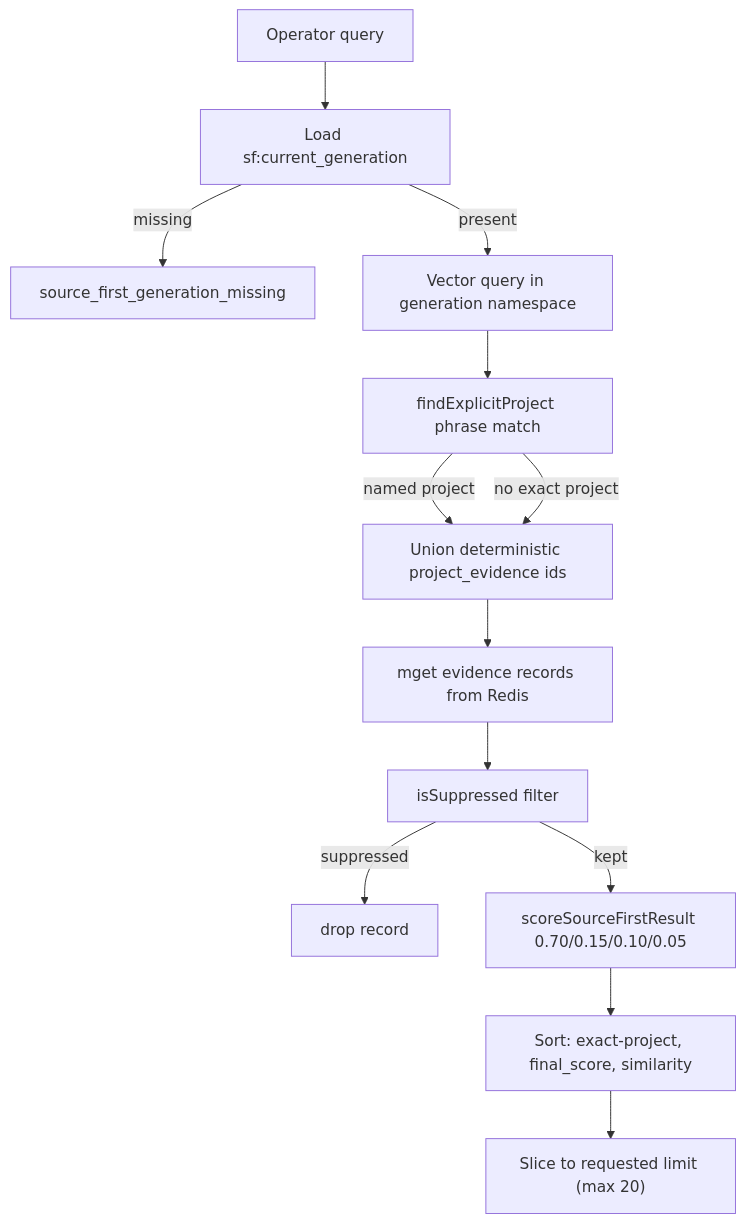
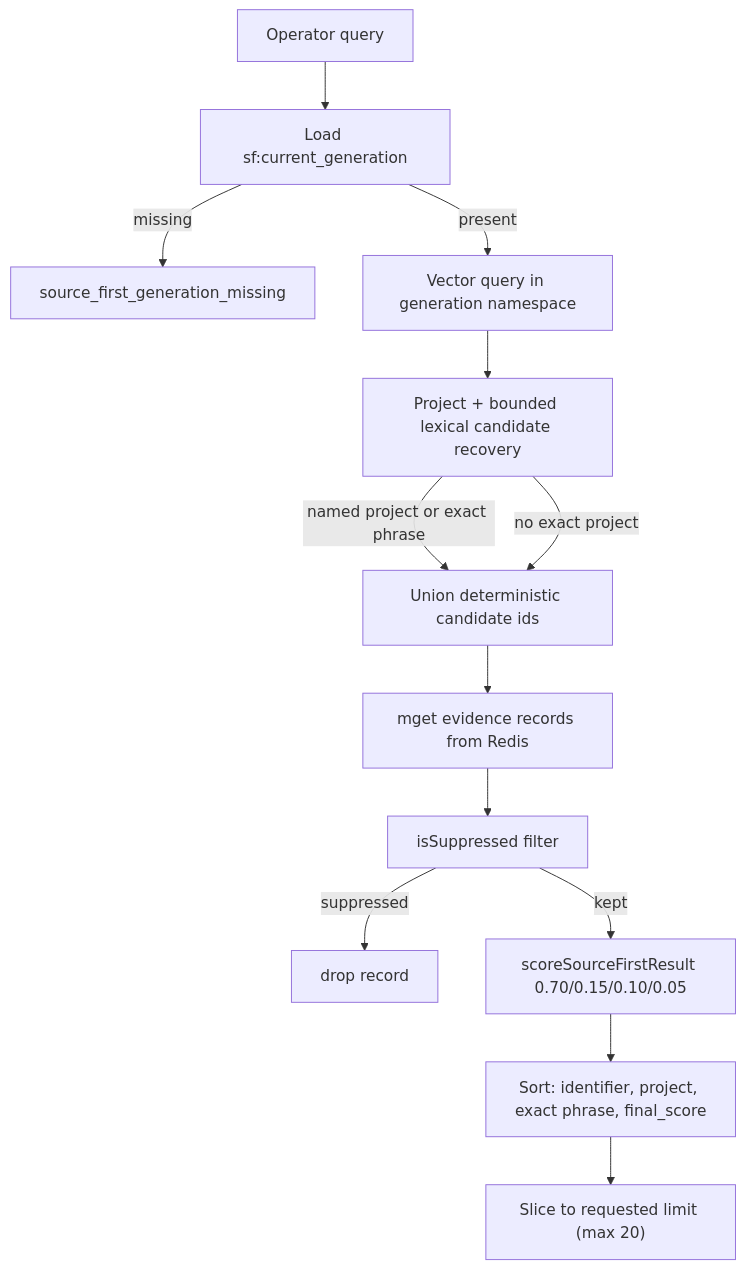
The diagram in openwiki/domain/source-first-memory.md (ArjunDivecha/personal-knowledge-system), drawn with Mermaid before and after one commit. The commit also changed other lines of this file and 11 other files, not shown here.

````diff
--- a/openwiki/domain/source-first-memory.md
+++ b/openwiki/domain/source-first-memory.md
@@ -196,15 +206,15 @@
 ```mermaid
 flowchart TD
     Q["Operator query"] --> GEN["Load sf:current_generation"]
     GEN -->|"missing"| Err["source_first_generation_missing"]
     GEN -->|"present"| VQ["Vector query in generation namespace"]
-    VQ --> PROJ["findExplicitProject phrase match"]
-    PROJ -->|"named project"| UNION["Union deterministic project_evidence ids"]
+    VQ --> PROJ["Project + bounded lexical candidate recovery"]
+    PROJ -->|"named project or exact phrase"| UNION["Union deterministic candidate ids"]
     PROJ -->|"no exact project"| UNION
     UNION --> FETCH["mget evidence records from Redis"]
     FETCH --> SUP["isSuppressed filter"]
     SUP -->|"suppressed"| Drop["drop record"]
     SUP -->|"kept"| SCORE["scoreSourceFirstResult 0.70/0.15/0.10/0.05"]
-    SCORE --> SORT["Sort: exact-project, final_score, similarity"]
+    SCORE --> SORT["Sort: identifier, project, exact phrase, final_score"]
     SORT --> OUT["Slice to requested limit (max 20)"]
 ```
````
